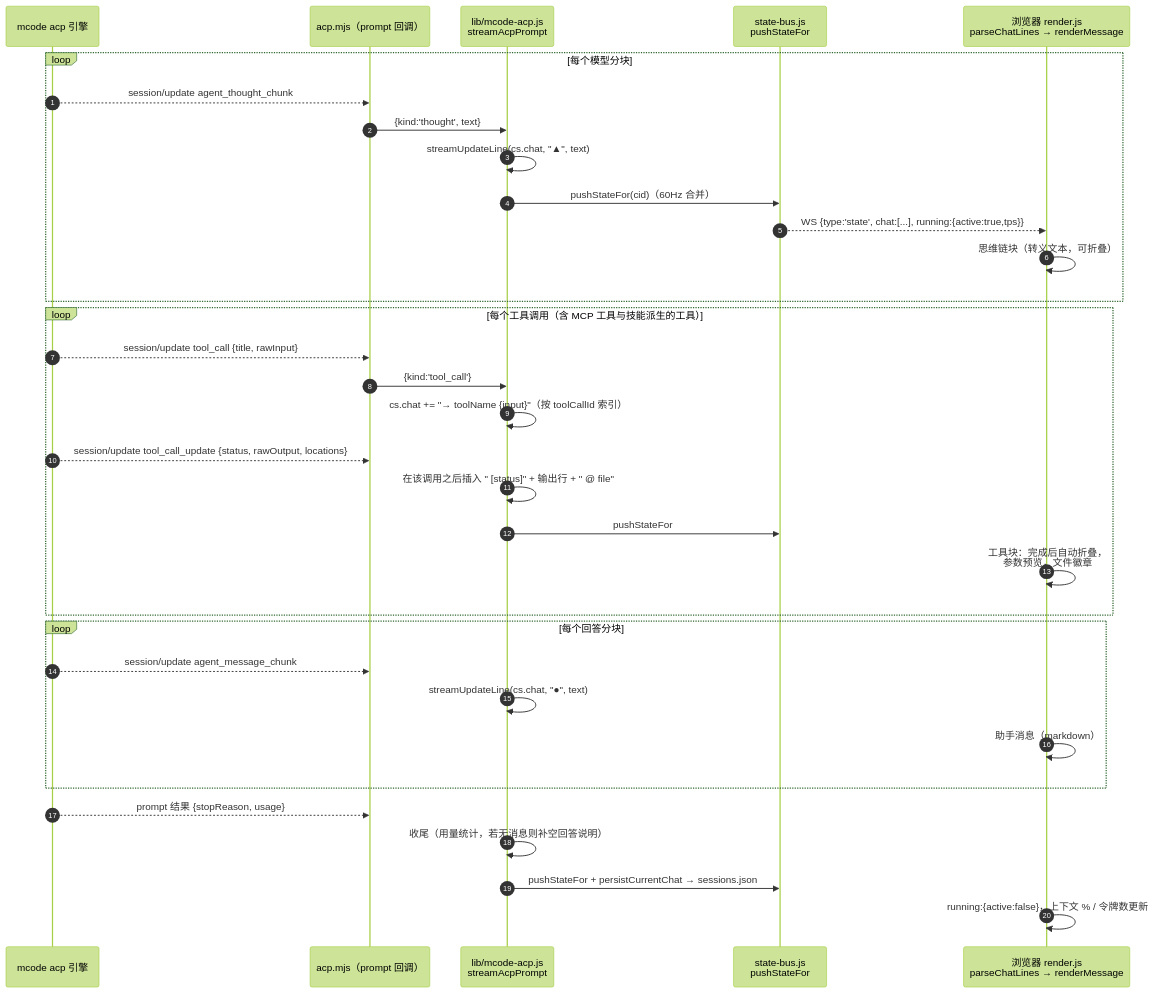
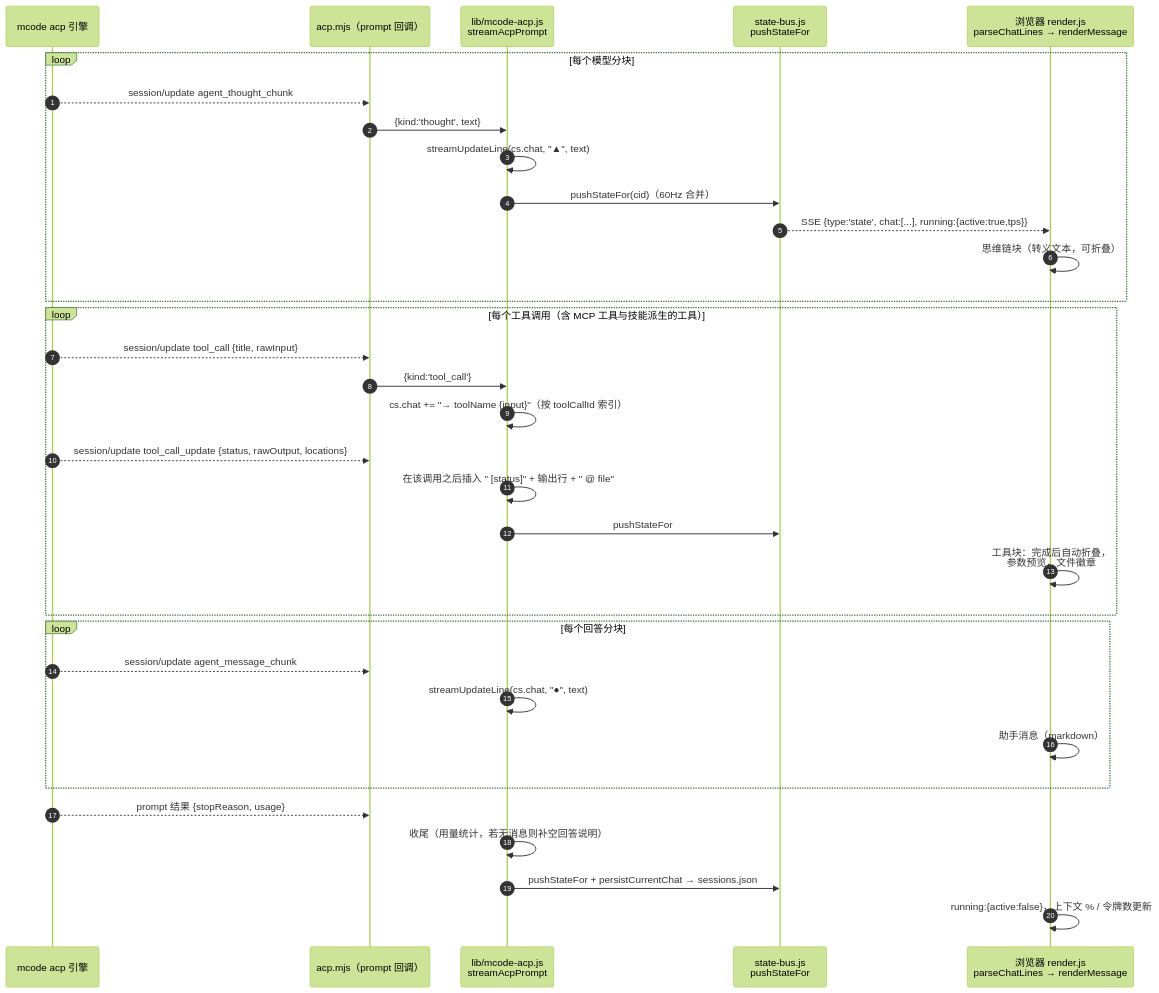
The second of 4 diagrams in packages/webui/docs/ARCHITECTURE.zh-CN.md (mcode-webui/minimax-code-web), drawn with Mermaid (forest theme) before and after one commit. The commit also changed other lines of this file and 352 other files, not shown here.

````diff
--- a/packages/webui/docs/ARCHITECTURE.zh-CN.md
+++ b/packages/webui/docs/ARCHITECTURE.zh-CN.md
@@ -166,36 +170,36 @@
 ```mermaid
 sequenceDiagram
     autonumber
     participant E as mcode acp 引擎
     participant A as acp.mjs（prompt 回调）
     participant M as lib/mcode-acp.js<br/>streamAcpPrompt
     participant S as state-bus.js<br/>pushStateFor
     participant B as 浏览器 render.js<br/>parseChatLines → renderMessage
 
     loop 每个模型分块
         E-->>A: session/update agent_thought_chunk
         A->>M: {kind:'thought', text}
         M->>M: streamUpdateLine(cs.chat, "▲", text)
         M->>S: pushStateFor(cid)（60Hz 合并）
-        S-->>B: WS {type:'state', chat:[...], running:{active:true,tps}}
+        S-->>B: SSE {type:'state', chat:[...], running:{active:true,tps}}
         B->>B: 思维链块（转义文本，可折叠）
     end
     loop 每个工具调用（含 MCP 工具与技能派生的工具）
         E-->>A: session/update tool_call {title, rawInput}
         A->>M: {kind:'tool_call'}
         M->>M: cs.chat += "→ toolName  {input}"（按 toolCallId 索引）
         E-->>A: session/update tool_call_update {status, rawOutput, locations}
         M->>M: 在该调用之后插入 "  [status]" + 输出行 + "  @ file"
         M->>S: pushStateFor
         B->>B: 工具块：完成后自动折叠，<br/>参数预览，文件徽章
     end
     loop 每个回答分块
         E-->>A: session/update agent_message_chunk
         M->>M: streamUpdateLine(cs.chat, "●", text)
         B->>B: 助手消息（markdown）
     end
     E-->>A: prompt 结果 {stopReason, usage}
     M->>M: 收尾（用量统计，若无消息则补空回答说明）
     M->>S: pushStateFor + persistCurrentChat → sessions.json
     B->>B: running:{active:false}，上下文 % / 令牌数更新
 ```
````
